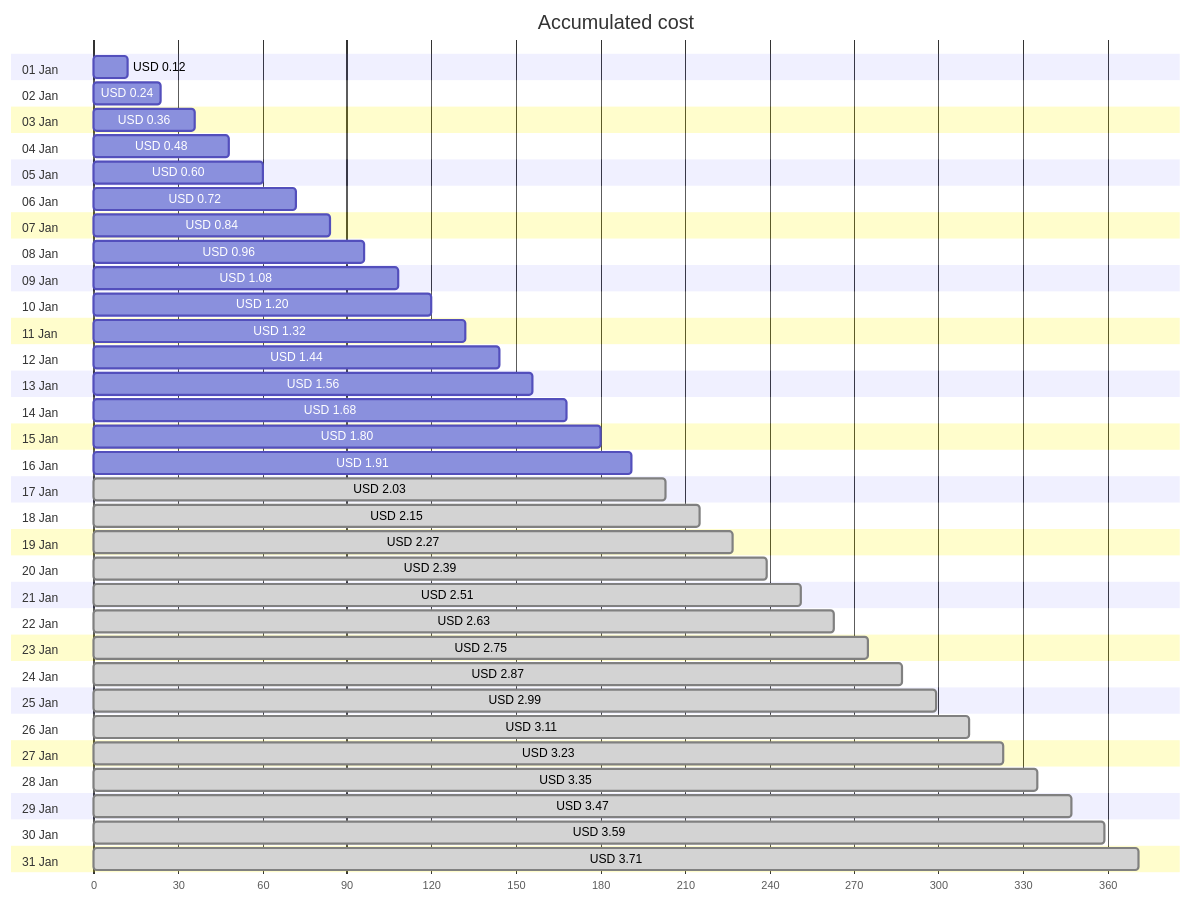
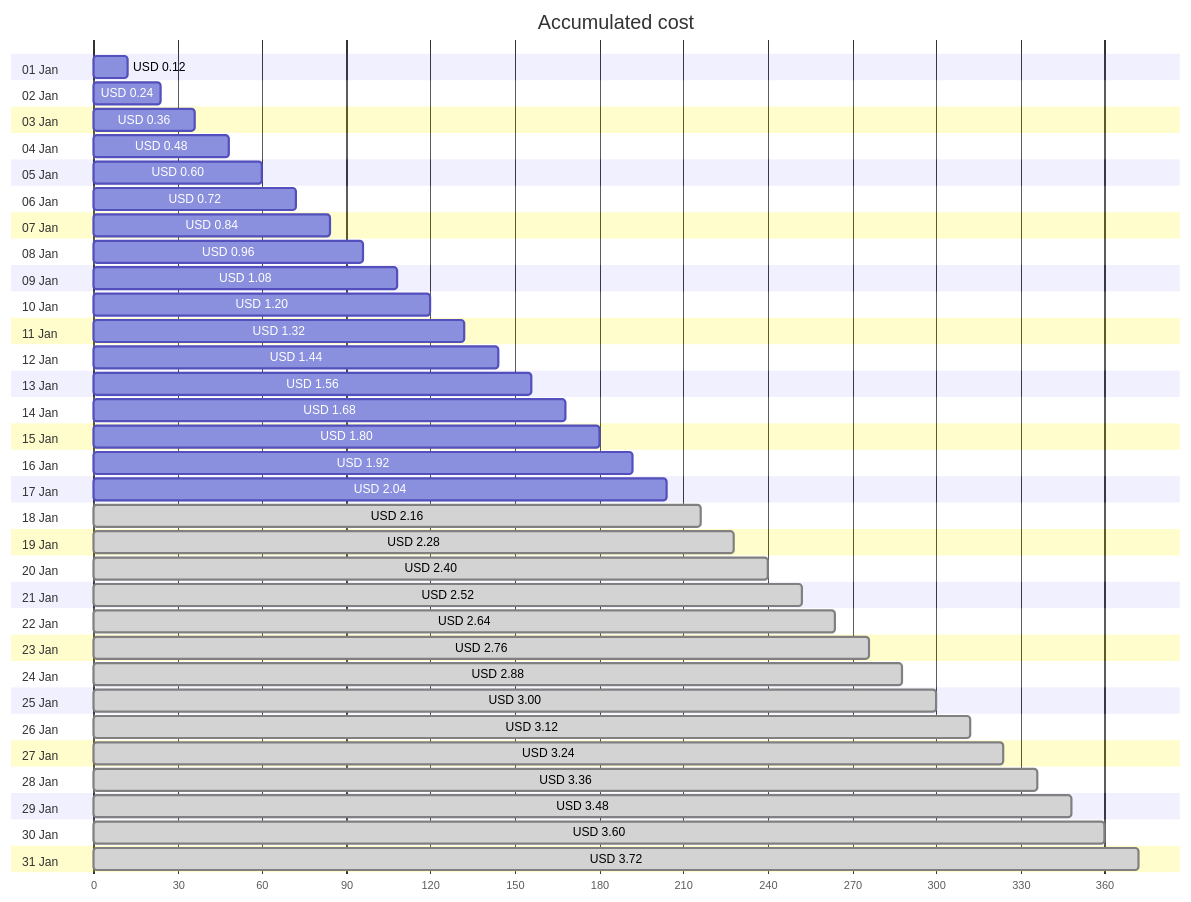
Before and after one commit to jpfulton/azure-personal-reports: the first of 4 diagrams in cost-reports/personal-network/backup-server-public-ip.md, drawn with Mermaid. The commit also changed other lines of this file and 8 other files, not shown here.

````diff
--- a/cost-reports/personal-network/backup-server-public-ip.md
+++ b/cost-reports/personal-network/backup-server-public-ip.md
@@ -20,68 +20,68 @@
 ```mermaid
 gantt
    title Accumulated cost
    dateFormat  X
    axisFormat %s
    section 01 Jan
    USD 0.12 :0, 12
    section 02 Jan
    USD 0.24 :0, 24
    section 03 Jan
    USD 0.36 :0, 36
    section 04 Jan
    USD 0.48 :0, 48
    section 05 Jan
    USD 0.60 :0, 60
    section 06 Jan
    USD 0.72 :0, 72
    section 07 Jan
    USD 0.84 :0, 84
    section 08 Jan
    USD 0.96 :0, 96
    section 09 Jan
    USD 1.08 :0, 108
    section 10 Jan
    USD 1.20 :0, 120
    section 11 Jan
    USD 1.32 :0, 132
    section 12 Jan
    USD 1.44 :0, 144
    section 13 Jan
    USD 1.56 :0, 156
    section 14 Jan
    USD 1.68 :0, 168
    section 15 Jan
    USD 1.80 :0, 180
    section 16 Jan
-   USD 1.91 :0, 191
+   USD 1.92 :0, 192
    section 17 Jan
-   USD 2.03 : done, 0, 203
+   USD 2.04 :0, 204
    section 18 Jan
-   USD 2.15 : done, 0, 215
+   USD 2.16 : done, 0, 216
    section 19 Jan
-   USD 2.27 : done, 0, 227
+   USD 2.28 : done, 0, 228
    section 20 Jan
-   USD 2.39 : done, 0, 239
+   USD 2.40 : done, 0, 240
    section 21 Jan
-   USD 2.51 : done, 0, 251
+   USD 2.52 : done, 0, 252
    section 22 Jan
-   USD 2.63 : done, 0, 263
+   USD 2.64 : done, 0, 264
    section 23 Jan
-   USD 2.75 : done, 0, 275
+   USD 2.76 : done, 0, 276
    section 24 Jan
-   USD 2.87 : done, 0, 287
+   USD 2.88 : done, 0, 288
    section 25 Jan
-   USD 2.99 : done, 0, 299
+   USD 3.00 : done, 0, 300
    section 26 Jan
-   USD 3.11 : done, 0, 311
+   USD 3.12 : done, 0, 312
    section 27 Jan
-   USD 3.23 : done, 0, 323
+   USD 3.24 : done, 0, 324
    section 28 Jan
-   USD 3.35 : done, 0, 335
+   USD 3.36 : done, 0, 336
    section 29 Jan
-   USD 3.47 : done, 0, 347
+   USD 3.48 : done, 0, 348
    section 30 Jan
-   USD 3.59 : done, 0, 359
+   USD 3.60 : done, 0, 360
    section 31 Jan
-   USD 3.71 : done, 0, 371
+   USD 3.72 : done, 0, 372
 ```
````
